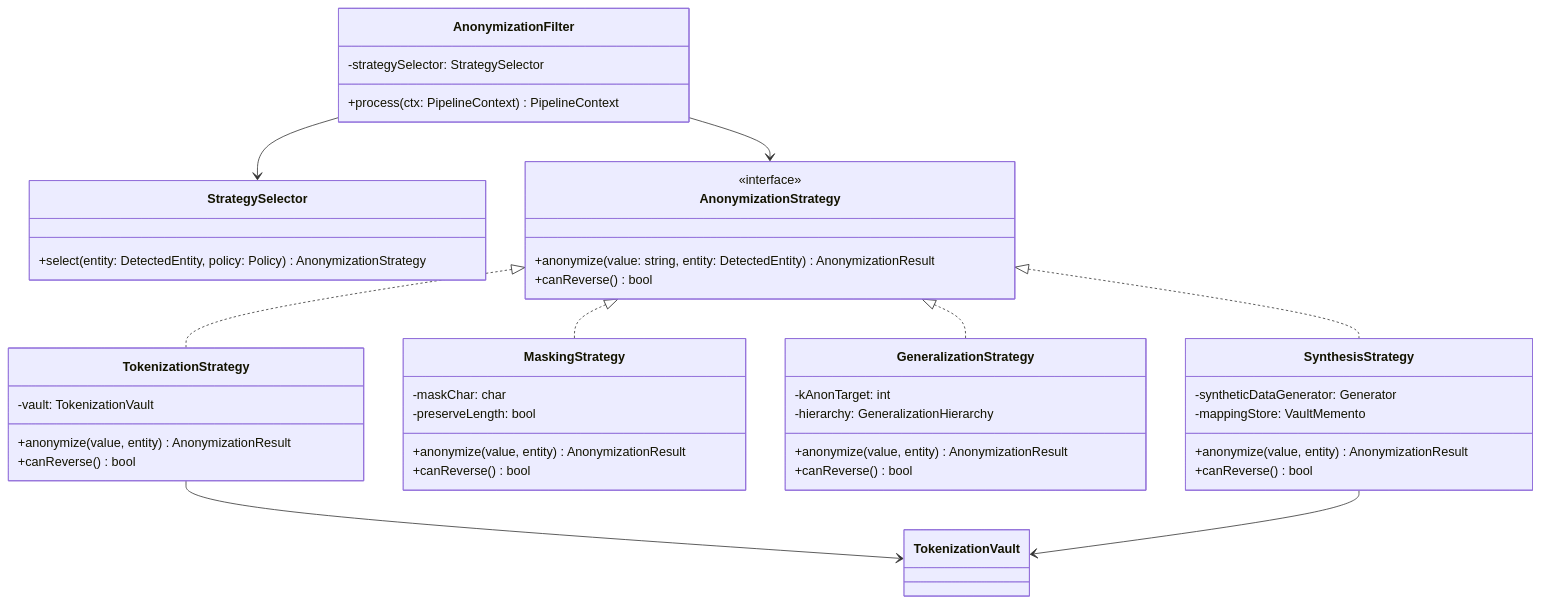
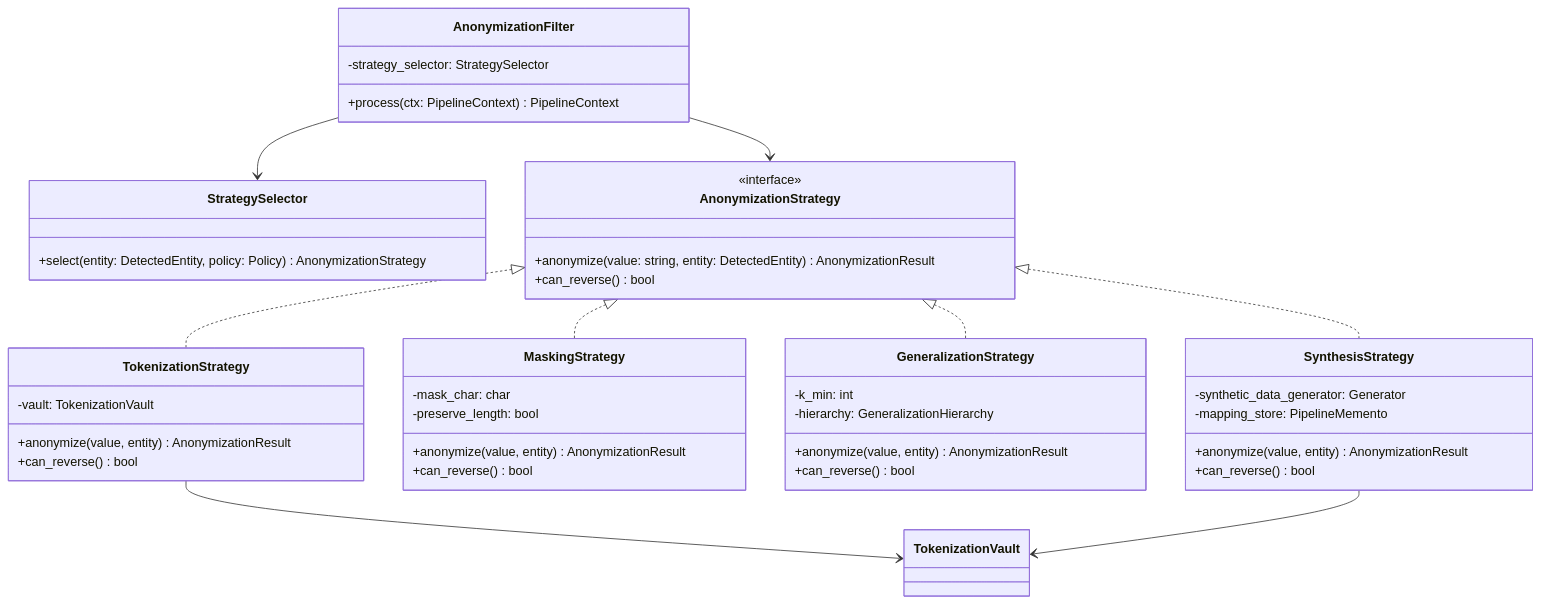
The third of 14 diagrams in ARCHITECTURE.md (gniewekk/Privacy-Preserving-Context-Pipeline-for-LLMs-DP), drawn with Mermaid before and after one commit. The commit also changed other lines of this file and 30 other files, not shown here.

````diff
--- a/ARCHITECTURE.md
+++ b/ARCHITECTURE.md
@@ -170,47 +170,47 @@
 ```mermaid
 classDiagram
     class AnonymizationFilter {
-        -strategySelector: StrategySelector
+        -strategy_selector: StrategySelector
         +process(ctx: PipelineContext) PipelineContext
     }
     class StrategySelector {
         +select(entity: DetectedEntity, policy: Policy) AnonymizationStrategy
     }
     class AnonymizationStrategy {
         <<interface>>
         +anonymize(value: string, entity: DetectedEntity) AnonymizationResult
-        +canReverse() bool
+        +can_reverse() bool
     }
     class TokenizationStrategy {
         -vault: TokenizationVault
         +anonymize(value, entity) AnonymizationResult
-        +canReverse() bool
+        +can_reverse() bool
     }
     class MaskingStrategy {
-        -maskChar: char
-        -preserveLength: bool
+        -mask_char: char
+        -preserve_length: bool
         +anonymize(value, entity) AnonymizationResult
-        +canReverse() bool
+        +can_reverse() bool
     }
     class GeneralizationStrategy {
-        -kAnonTarget: int
+        -k_min: int
         -hierarchy: GeneralizationHierarchy
         +anonymize(value, entity) AnonymizationResult
-        +canReverse() bool
+        +can_reverse() bool
     }
     class SynthesisStrategy {
-        -syntheticDataGenerator: Generator
-        -mappingStore: VaultMemento
+        -synthetic_data_generator: Generator
+        -mapping_store: PipelineMemento
         +anonymize(value, entity) AnonymizationResult
-        +canReverse() bool
+        +can_reverse() bool
     }
 
     AnonymizationFilter --> StrategySelector
     AnonymizationFilter --> AnonymizationStrategy
     AnonymizationStrategy <|.. TokenizationStrategy
     AnonymizationStrategy <|.. MaskingStrategy
     AnonymizationStrategy <|.. GeneralizationStrategy
     AnonymizationStrategy <|.. SynthesisStrategy
     TokenizationStrategy --> TokenizationVault
     SynthesisStrategy --> TokenizationVault
 ```
````
